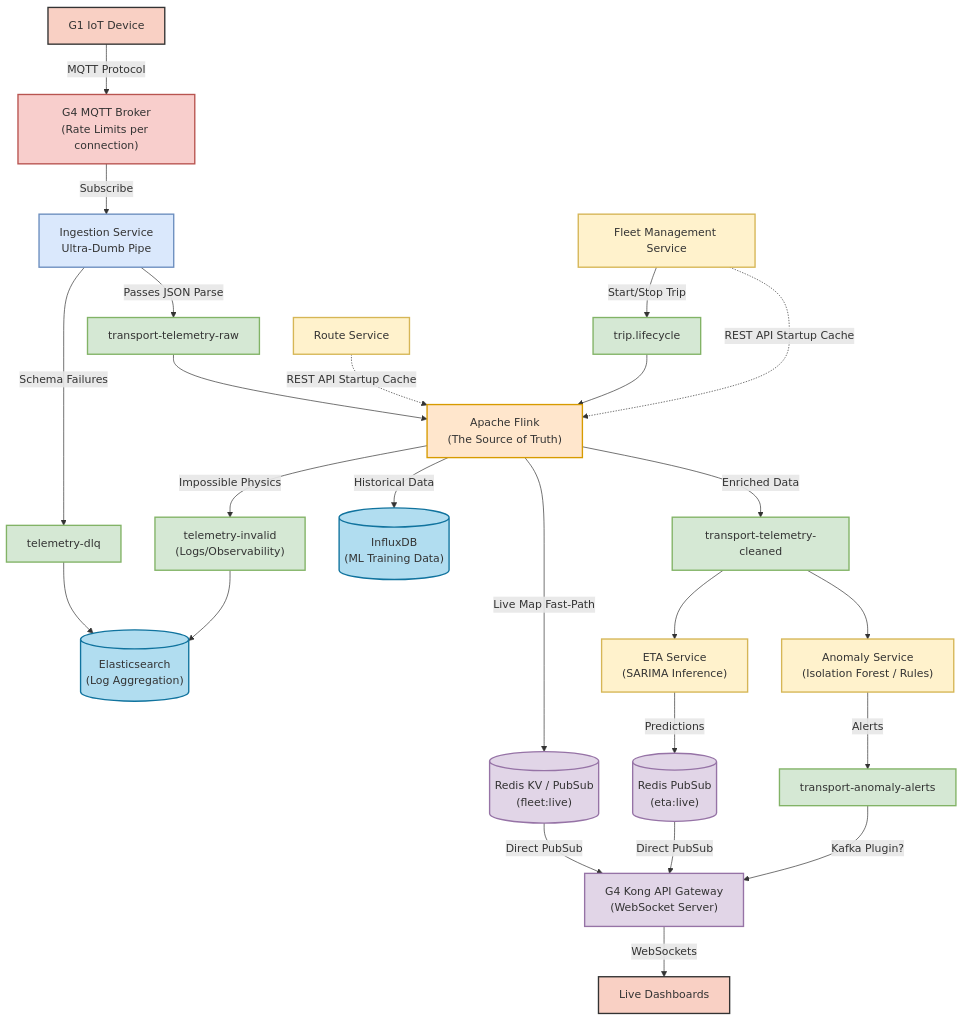
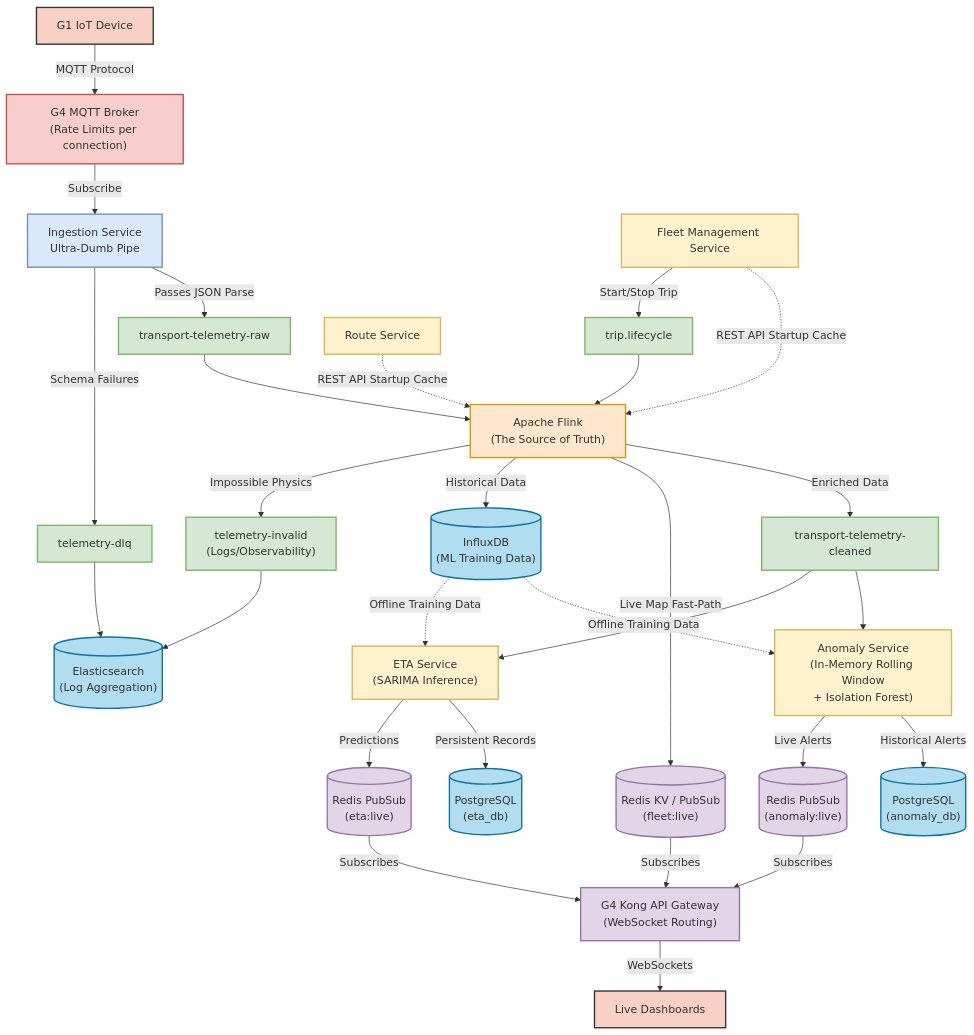
Before and after one commit to OnTime-SE-G/ontime-g2: the diagram in docs/CR_1.md, drawn with Mermaid. The commit also changed other lines of this file and 2 other files, not shown here.

Commit message:
plan changed

````diff
--- a/docs/CR_1.md
+++ b/docs/CR_1.md
@@ -18,46 +18,52 @@
 ```mermaid
 graph TD
     classDef g1 fill:#f9d0c4,stroke:#333,stroke-width:2px;
     classDef mqtt fill:#f8cecc,stroke:#b85450,stroke-width:2px;
     classDef ingest fill:#dae8fc,stroke:#6c8ebf,stroke-width:2px;
     classDef kafka fill:#d5e8d4,stroke:#82b366,stroke-width:2px;
     classDef flink fill:#ffe6cc,stroke:#d79b00,stroke-width:2px;
     classDef redis fill:#e1d5e7,stroke:#9673a6,stroke-width:2px;
     classDef service fill:#fff2cc,stroke:#d6b656,stroke-width:2px;
     classDef ws fill:#e1d5e7,stroke:#9673a6,stroke-width:2px;
     classDef db fill:#b1ddf0,stroke:#10739e,stroke-width:2px;
 
     G1["G1 IoT Device"]:::g1 -->|MQTT Protocol| Broker["G4 MQTT Broker<br>(Rate Limits per connection)"]:::mqtt
     
     Broker -->|Subscribe| Ingest["Ingestion Service<br>Ultra-Dumb Pipe"]:::ingest
     Ingest -->|Schema Failures| DLQ["telemetry-dlq"]:::kafka
     Ingest -->|Passes JSON Parse| Raw["transport-telemetry-raw"]:::kafka
     
     FleetService["Fleet Management Service"]:::service -->|Start/Stop Trip| Lifecycle["trip.lifecycle"]:::kafka
     RouteService["Route Service"]:::service -.->|REST API Startup Cache| Flink
     FleetService -.->|REST API Startup Cache| Flink
     
     Raw --> Flink["Apache Flink<br>(The Source of Truth)"]:::flink
     Lifecycle --> Flink
     
     Flink -->|Impossible Physics| Invalid["telemetry-invalid<br>(Logs/Observability)"]:::kafka
     Flink -->|Historical Data| InfluxDB[("InfluxDB<br>(ML Training Data)")]:::db
     Flink -->|Live Map Fast-Path| RedisLive[("Redis KV / PubSub<br>(fleet:live)")]:::redis
     Flink -->|Enriched Data| Cleaned["transport-telemetry-cleaned"]:::kafka
     
     Cleaned --> ETA["ETA Service<br>(SARIMA Inference)"]:::service
-    Cleaned --> Anomaly["Anomaly Service<br>(Isolation Forest / Rules)"]:::service
+    Cleaned --> Anomaly["Anomaly Service<br>(In-Memory Rolling Window<br>+ Isolation Forest)"]:::service
+    
+    InfluxDB -.->|Offline Training Data| ETA
+    InfluxDB -.->|Offline Training Data| Anomaly
     
     DLQ --> Elastic[("Elasticsearch<br>(Log Aggregation)")]:::db
     Invalid --> Elastic
     
     ETA -->|Predictions| RedisETA[("Redis PubSub<br>(eta:live)")]:::redis
-    Anomaly -->|Alerts| Alerts["transport-anomaly-alerts"]:::kafka
+    ETA -->|Persistent Records| ETADb[("PostgreSQL<br>(eta_db)")]:::db
     
-    %% Direct to Kong Bypass as per Chamodh
-    RedisLive -->|Direct PubSub| Kong["G4 Kong API Gateway<br>(WebSocket Server)"]:::ws
-    RedisETA -->|Direct PubSub| Kong
-    Alerts -->|Kafka Plugin?| Kong
+    Anomaly -->|Live Alerts| RedisAnomaly[("Redis PubSub<br>(anomaly:live)")]:::redis
+    Anomaly -->|Historical Alerts| AnomalyDb[("PostgreSQL<br>(anomaly_db)")]:::db
+    
+    %% Direct to Kong API Gateway Bypass
+    RedisLive -->|Subscribes| Kong["G4 Kong API Gateway<br>(WebSocket Routing)"]:::ws
+    RedisETA -->|Subscribes| Kong
+    RedisAnomaly -->|Subscribes| Kong
     
     Kong -->|WebSockets| Dashboard["Live Dashboards"]:::g1
 ```
````
